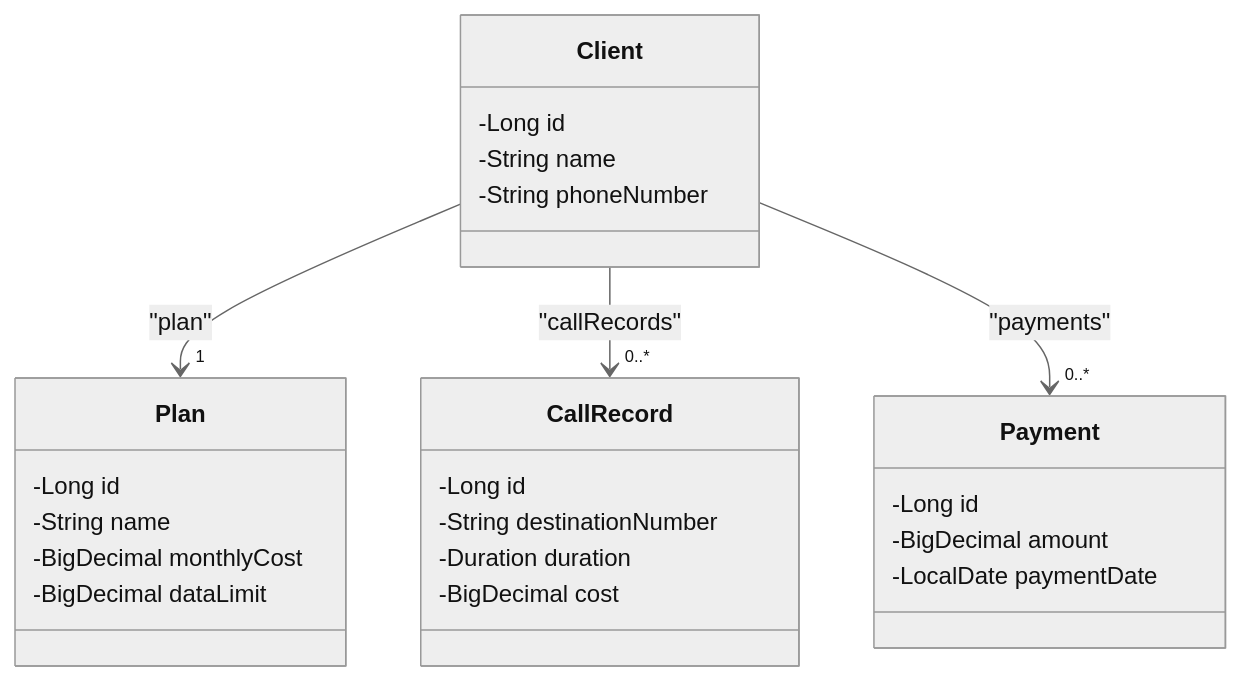
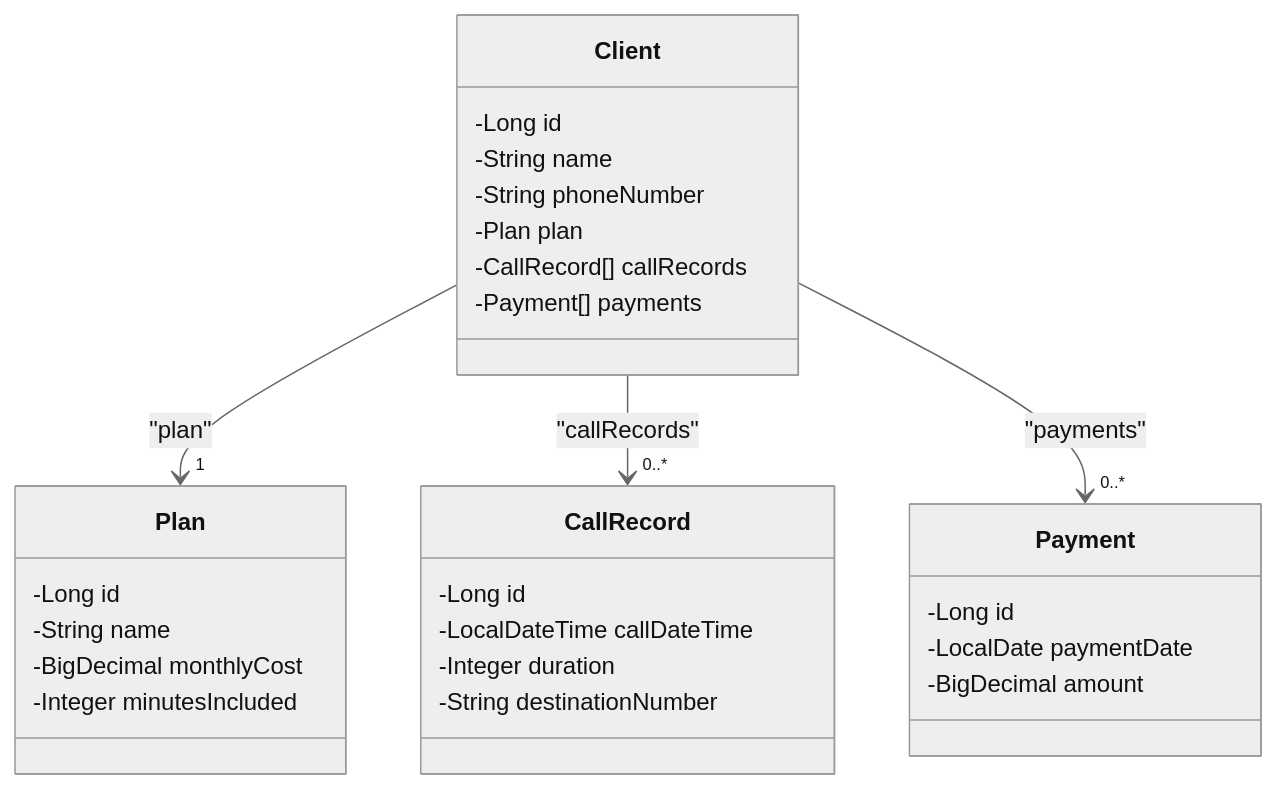
Before and after one commit to vargastiago/desafio-dio-api-rest: the diagram in README.md, drawn with Mermaid (neutral theme).

````diff
--- a/README.md
+++ b/README.md
@@ -28,34 +28,37 @@
 ```mermaid
 classDiagram
     %% Classes principais
     class Client {
         -Long id
         -String name
         -String phoneNumber
+        -Plan plan
+        -CallRecord[] callRecords
+        -Payment[] payments
     }
 
     class Plan {
         -Long id
         -String name
         -BigDecimal monthlyCost
-        -BigDecimal dataLimit
+        -Integer minutesIncluded
     }
 
     class CallRecord {
         -Long id
+        -LocalDateTime callDateTime
+        -Integer duration
         -String destinationNumber
-        -Duration duration
-        -BigDecimal cost
     }
 
     class Payment {
         -Long id
+        -LocalDate paymentDate
         -BigDecimal amount
-        -LocalDate paymentDate
     }
 
     %% Relações entre classes
     Client --> "1" Plan : "plan"
     Client --> "0..*" CallRecord : "callRecords"
     Client --> "0..*" Payment : "payments"
 ```
````
